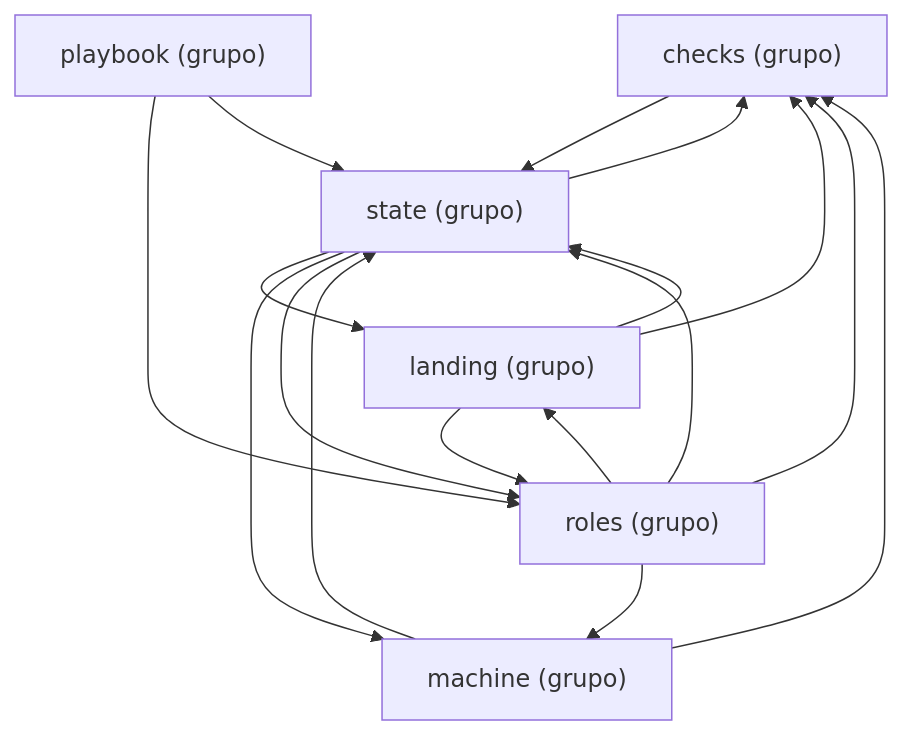
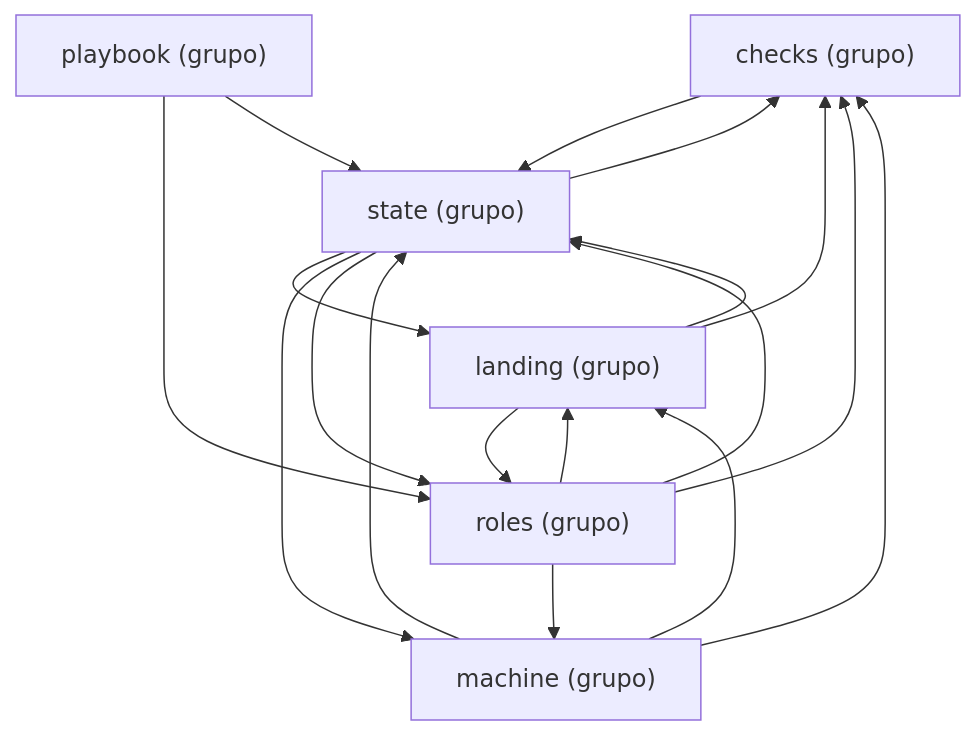
One commit to GonzaloZevallos/agentic-system changed the diagram in docs/architecture/generated/packages-process-domain.md. Above: the diagram before and after it, drawn with Mermaid. The commit also changed 5 other files, not shown here.

````diff
--- a/docs/architecture/generated/packages-process-domain.md
+++ b/docs/architecture/generated/packages-process-domain.md
@@ -22,25 +22,26 @@
 ```mermaid
 graph TD
     g_domain__checks["checks (grupo)"]
     g_domain__landing["landing (grupo)"]
     g_domain__machine["machine (grupo)"]
     g_domain__playbook["playbook (grupo)"]
     g_domain__roles["roles (grupo)"]
     g_domain__state["state (grupo)"]
     g_domain__checks --> g_domain__state
     g_domain__landing --> g_domain__checks
     g_domain__landing --> g_domain__roles
     g_domain__landing --> g_domain__state
     g_domain__machine --> g_domain__checks
+    g_domain__machine --> g_domain__landing
     g_domain__machine --> g_domain__state
     g_domain__playbook --> g_domain__roles
     g_domain__playbook --> g_domain__state
     g_domain__roles --> g_domain__checks
     g_domain__roles --> g_domain__landing
     g_domain__roles --> g_domain__machine
     g_domain__roles --> g_domain__state
     g_domain__state --> g_domain__checks
     g_domain__state --> g_domain__landing
     g_domain__state --> g_domain__machine
     g_domain__state --> g_domain__roles
 ```
````
